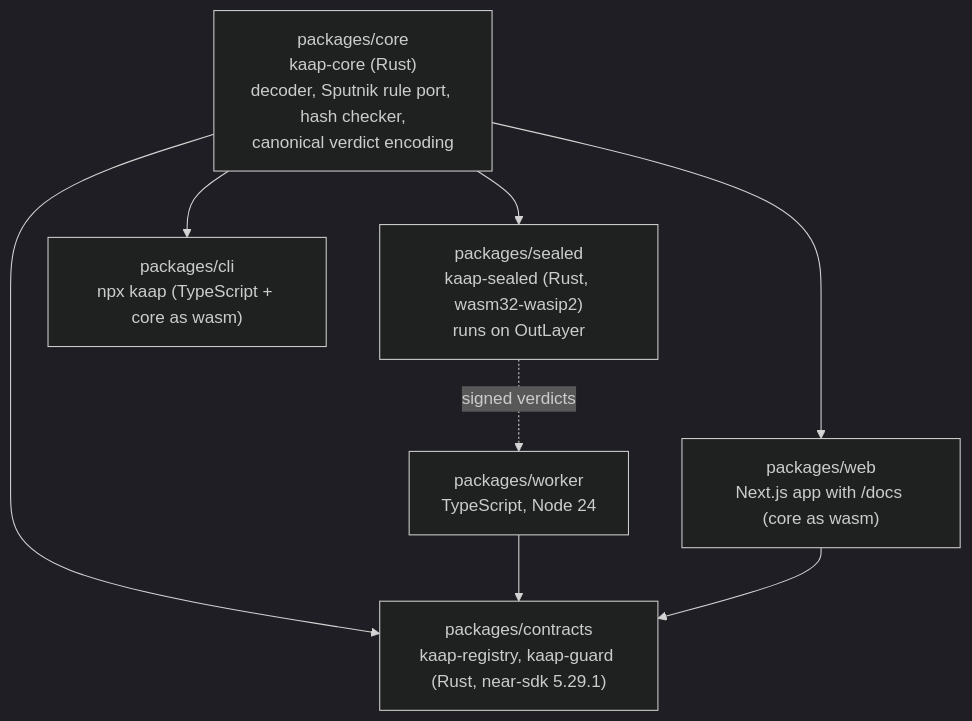
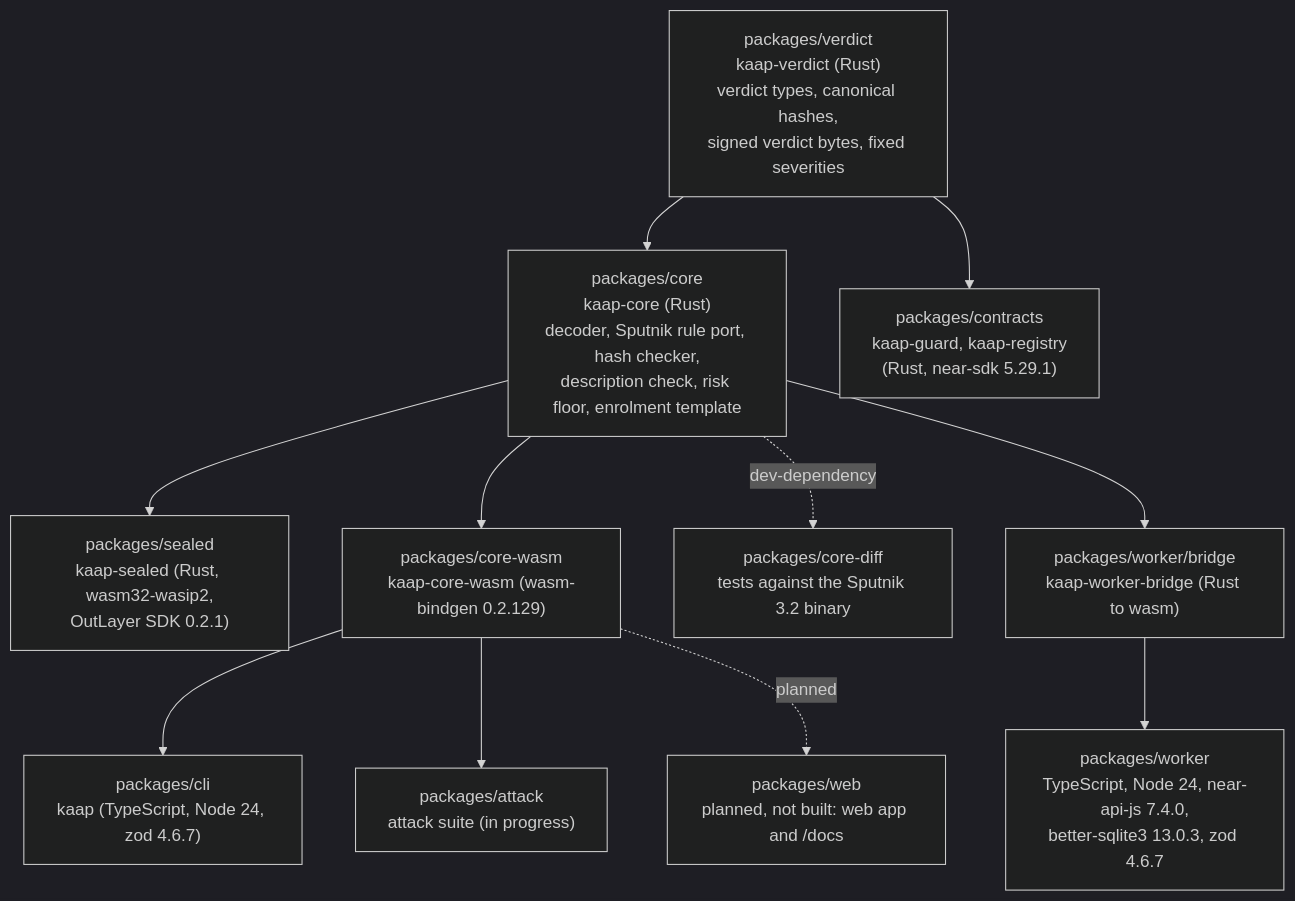
One commit to ramakrishnanhulk20/kaap changed the third of 3 diagrams in ARCHITECTURE.md. Above: the diagram before and after it, drawn with Mermaid (dark theme). The commit also changed other lines of this file and 1 other file, not shown here.

Commit message:
describe the architecture as built

````diff
--- a/ARCHITECTURE.md
+++ b/ARCHITECTURE.md
@@ -82,17 +111,25 @@
 ```mermaid
 flowchart TB
-  CORE["packages/core<br/>kaap-core (Rust)<br/>decoder, Sputnik rule port, hash checker,<br/>canonical verdict encoding"]
-  SEALED["packages/sealed<br/>kaap-sealed (Rust, wasm32-wasip2)<br/>runs on OutLayer"]
-  CONTRACTS["packages/contracts<br/>kaap-registry, kaap-guard (Rust, near-sdk 5.29.1)"]
-  WORKER["packages/worker<br/>TypeScript, Node 24"]
-  CLI["packages/cli<br/>npx kaap (TypeScript + core as wasm)"]
-  WEB["packages/web<br/>Next.js app with /docs (core as wasm)"]
+  VERDICT["packages/verdict<br/>kaap-verdict (Rust)<br/>verdict types, canonical hashes,<br/>signed verdict bytes, fixed severities"]
+  CORE["packages/core<br/>kaap-core (Rust)<br/>decoder, Sputnik rule port, hash checker,<br/>description check, risk floor, enrolment template"]
+  CONTRACTS["packages/contracts<br/>kaap-guard, kaap-registry<br/>(Rust, near-sdk 5.29.1)"]
+  SEALED["packages/sealed<br/>kaap-sealed (Rust, wasm32-wasip2,<br/>OutLayer SDK 0.2.1)"]
+  WASM["packages/core-wasm<br/>kaap-core-wasm (wasm-bindgen 0.2.129)"]
+  DIFF["packages/core-diff<br/>tests against the Sputnik 3.2 binary"]
+  BRIDGE["packages/worker/bridge<br/>kaap-worker-bridge (Rust to wasm)"]
+  WORKER["packages/worker<br/>TypeScript, Node 24, near-api-js 7.4.0,<br/>better-sqlite3 13.0.3, zod 4.6.7"]
+  CLI["packages/cli<br/>kaap (TypeScript, Node 24, zod 4.6.7)"]
+  ATTACK["packages/attack<br/>attack suite (in progress)"]
+  WEB["packages/web<br/>planned, not built: web app and /docs"]
 
+  VERDICT --> CORE
+  VERDICT --> CONTRACTS
   CORE --> SEALED
-  CORE --> CONTRACTS
-  CORE --> CLI
-  CORE --> WEB
-  SEALED -. "signed verdicts" .-> WORKER
-  WORKER --> CONTRACTS
-  WEB --> CONTRACTS
+  CORE --> WASM
+  CORE --> BRIDGE
+  CORE -. "dev-dependency" .-> DIFF
+  BRIDGE --> WORKER
+  WASM --> CLI
+  WASM --> ATTACK
+  WASM -. "planned" .-> WEB
 ```
````
